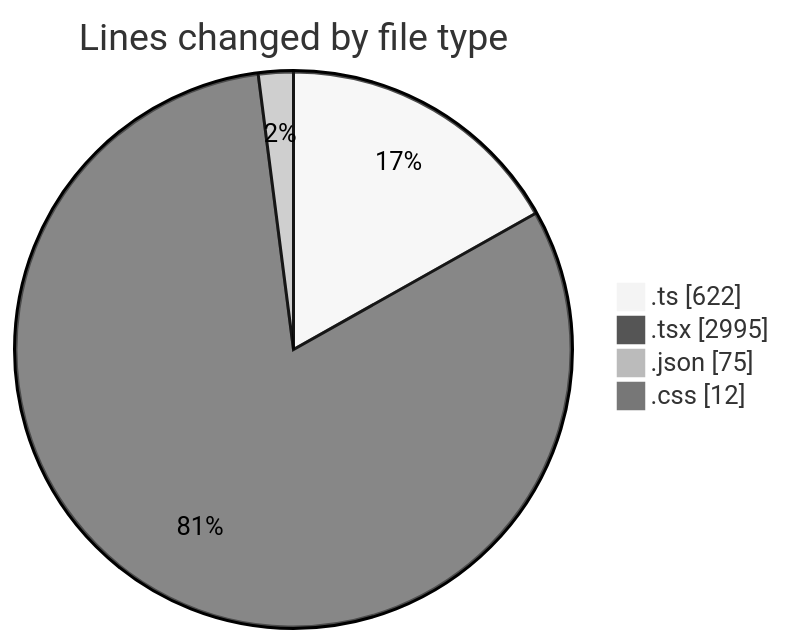
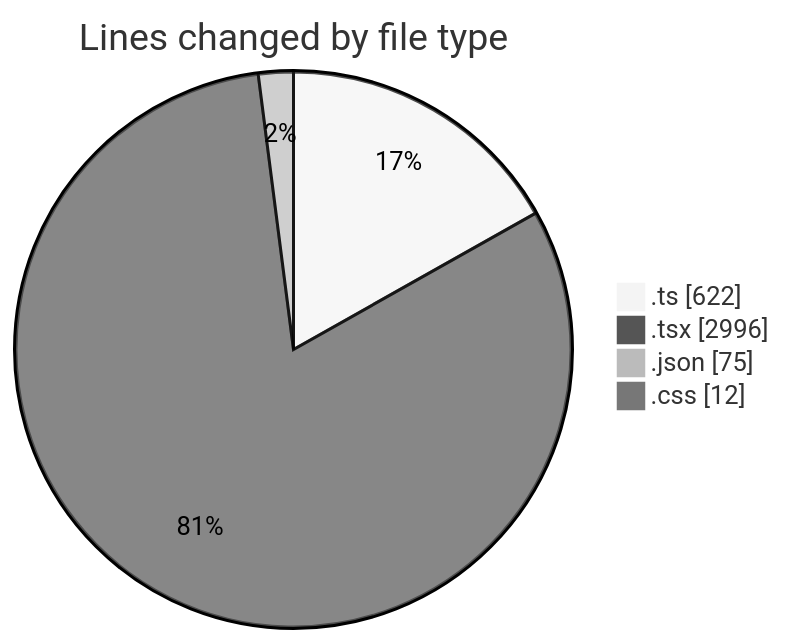
The first of 2 diagrams in 2025-01-27/termonied-web/README.md (robertbonfada/code-tracking), drawn with Mermaid (neutral theme) before and after one commit. The commit also changed other lines of this file and 1 other file, not shown here.

````diff
--- a/2025-01-27/termonied-web/README.md
+++ b/2025-01-27/termonied-web/README.md
@@ -33,8 +33,8 @@
 ```mermaid
 pie showData
 title Lines changed by file type
 ".ts" : 622
-".tsx" : 2995
+".tsx" : 2996
 ".json" : 75
 ".css" : 12
 ```
````
